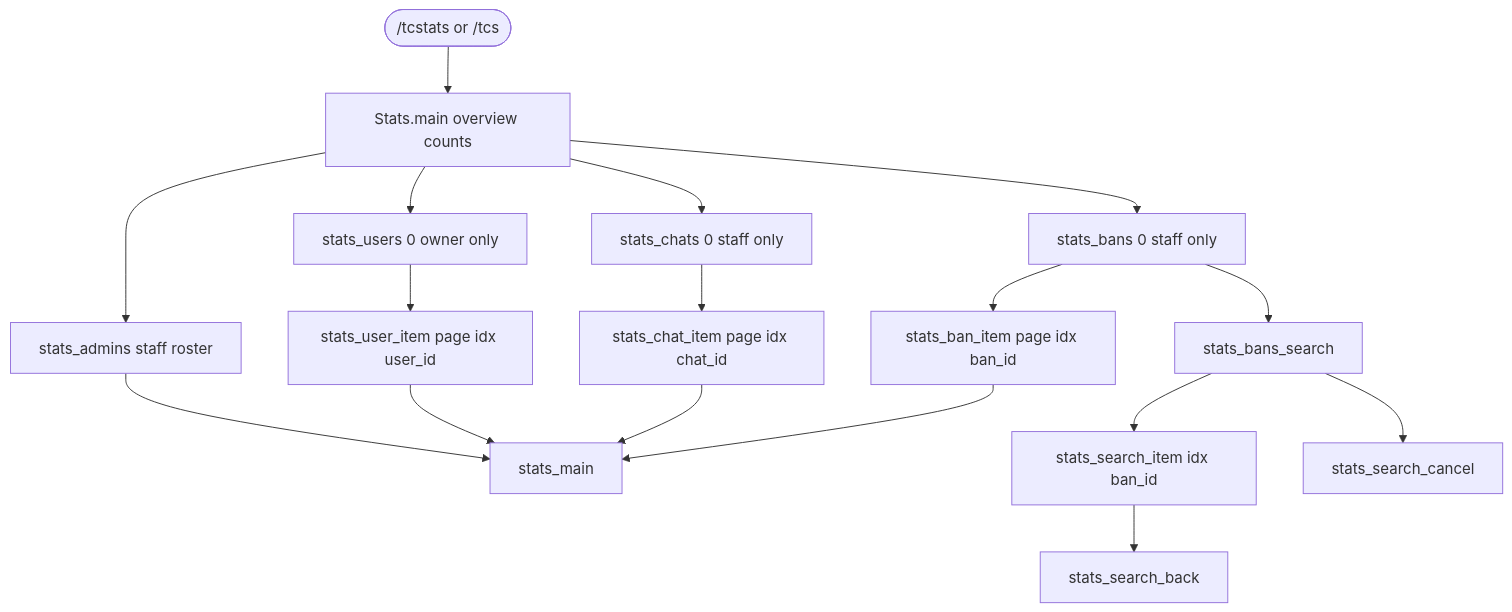
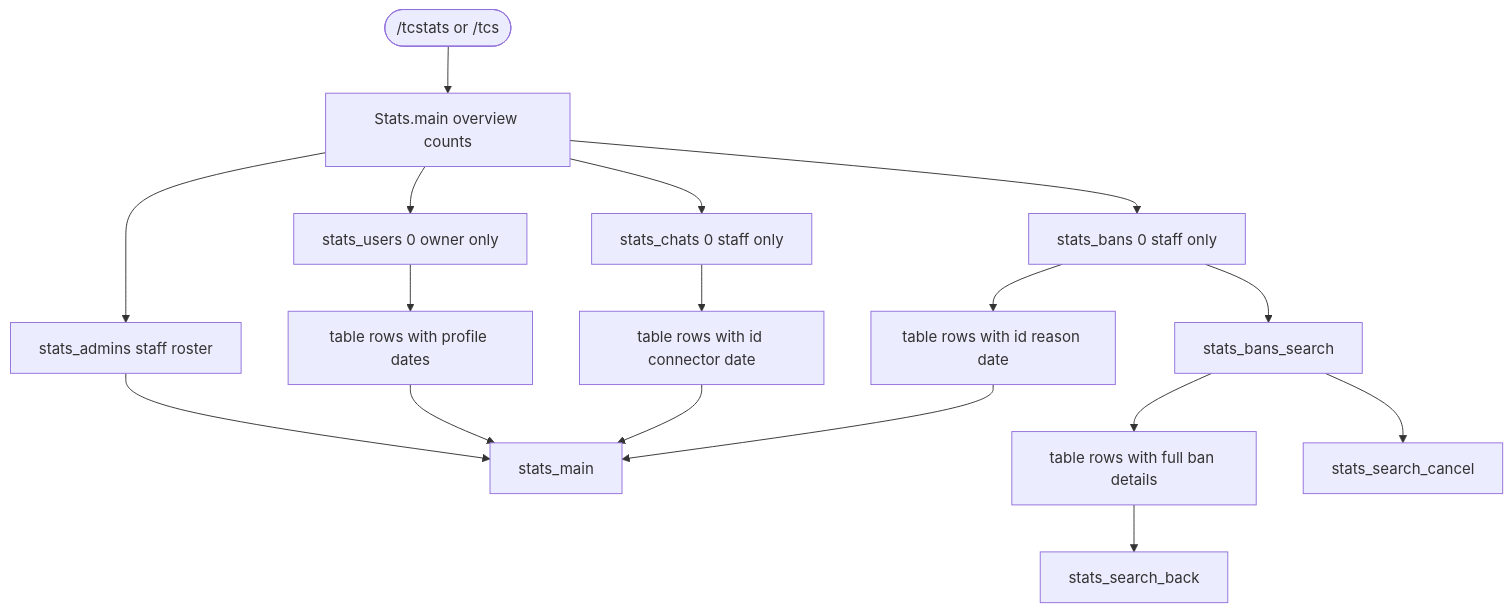
The second of 3 diagrams in docs/flows/statistics.md (D1ZZY4/tcbot), drawn with Mermaid before and after one commit. The commit also changed other lines of this file and 17 other files, not shown here.

First line of the commit message:
docs: align architecture and agent guidance with shipped behavior

````diff
--- a/docs/flows/statistics.md
+++ b/docs/flows/statistics.md
@@ -73,19 +73,19 @@
 ```mermaid
 flowchart TD
     CMD([/tcstats or /tcs]) --> MAIN[Stats.main overview counts]
     MAIN --> STAFF[stats_admins staff roster]
     MAIN --> USERS[stats_users 0 owner only]
     MAIN --> CHATS[stats_chats 0 staff only]
     MAIN --> BANS[stats_bans 0 staff only]
-    USERS --> USERITEM[stats_user_item page idx user_id]
-    CHATS --> CHATITEM[stats_chat_item page idx chat_id]
-    BANS --> BANITEM[stats_ban_item page idx ban_id]
+    USERS --> USERTABLE[table rows with profile dates]
+    CHATS --> CHATTABLE[table rows with id connector date]
+    BANS --> BANTABLE[table rows with id reason date]
     BANS --> SEARCH[stats_bans_search]
-    SEARCH --> SEARCHITEM[stats_search_item idx ban_id]
-    SEARCHITEM --> BACK[stats_search_back]
+    SEARCH --> SEARCHTABLE[table rows with full ban details]
+    SEARCHTABLE --> BACK[stats_search_back]
     SEARCH --> CANCEL[stats_search_cancel]
     STAFF --> MAINBACK[stats_main]
-    USERITEM --> MAINBACK
-    CHATITEM --> MAINBACK
-    BANITEM --> MAINBACK
+    USERTABLE --> MAINBACK
+    CHATTABLE --> MAINBACK
+    BANTABLE --> MAINBACK
 ```
````
